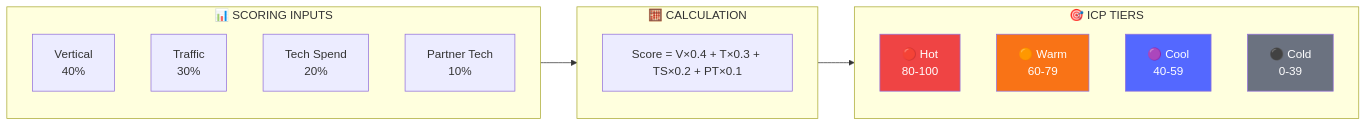
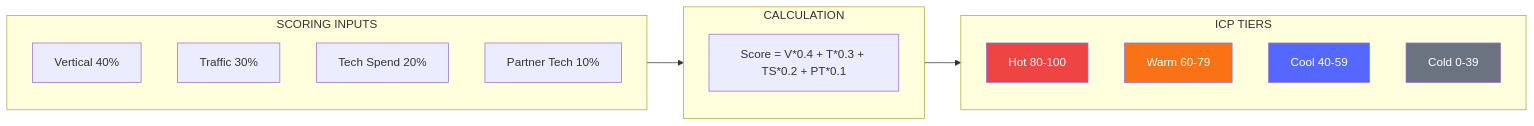
Before and after one commit to arijitchowdhury80/partnerforge: the fourth of 13 diagrams in docs/architecture/diagrams.md, drawn with Mermaid. The commit also changed other lines of this file, not shown here.

Commit message:
fix: Simplify mermaid diagrams for mermaid.ink compatibility
- Remove emojis from diagram labels (causing encoding issues)
- Replace <br/> tags with dashes (not supported by mermaid.ink)
- Replace × with * in formulas

````diff
--- a/docs/architecture/diagrams.md
+++ b/docs/architecture/diagrams.md
@@ -155,28 +155,28 @@
 ```mermaid
 flowchart LR
-    subgraph Inputs["📊 SCORING INPUTS"]
-        V[Vertical<br/>40%]
-        T[Traffic<br/>30%]
-        TS[Tech Spend<br/>20%]
-        PT[Partner Tech<br/>10%]
+    subgraph Inputs[SCORING INPUTS]
+        V[Vertical 40%]
+        T[Traffic 30%]
+        TS[Tech Spend 20%]
+        PT[Partner Tech 10%]
     end
 
-    subgraph Calculation["🧮 CALCULATION"]
-        Calc[Score = V×0.4 + T×0.3 + TS×0.2 + PT×0.1]
+    subgraph Calculation[CALCULATION]
+        Calc[Score = V*0.4 + T*0.3 + TS*0.2 + PT*0.1]
     end
 
-    subgraph Tiers["🎯 ICP TIERS"]
-        Hot[🔴 Hot<br/>80-100]
-        Warm[🟠 Warm<br/>60-79]
-        Cool[🟣 Cool<br/>40-59]
-        Cold[⚫ Cold<br/>0-39]
+    subgraph Tiers[ICP TIERS]
+        Hot[Hot 80-100]
+        Warm[Warm 60-79]
+        Cool[Cool 40-59]
+        Cold[Cold 0-39]
     end
 
     Inputs --> Calculation
     Calculation --> Tiers
 
     style Hot fill:#ef4444,color:#fff
     style Warm fill:#f97316,color:#fff
     style Cool fill:#5468ff,color:#fff
     style Cold fill:#6b7280,color:#fff
 ```
````
